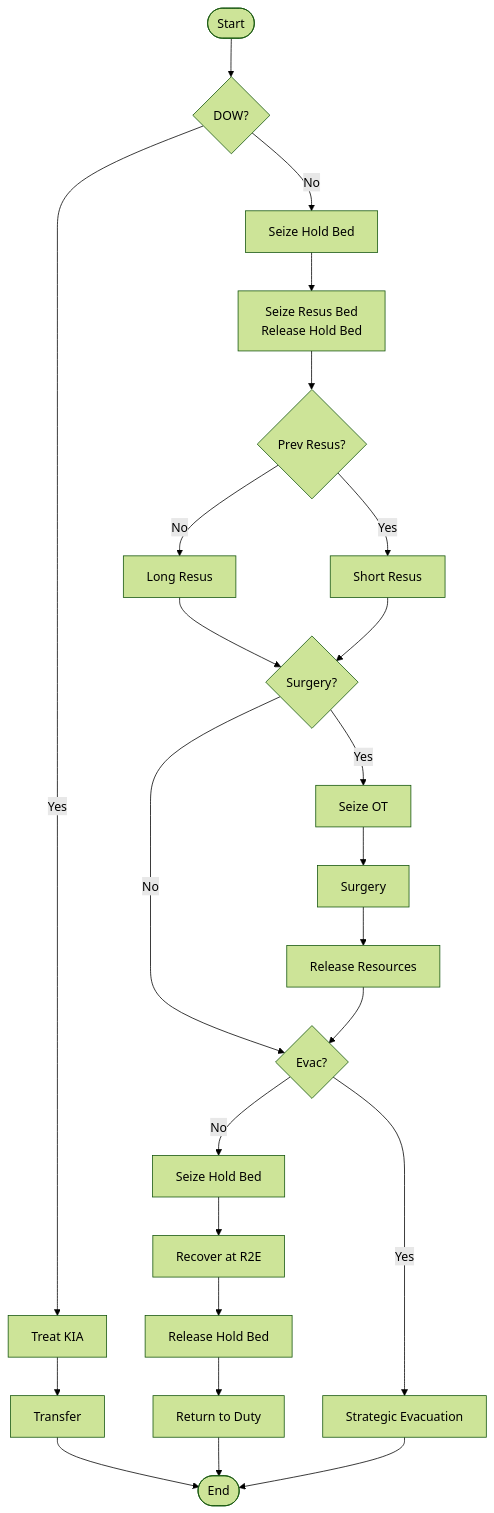
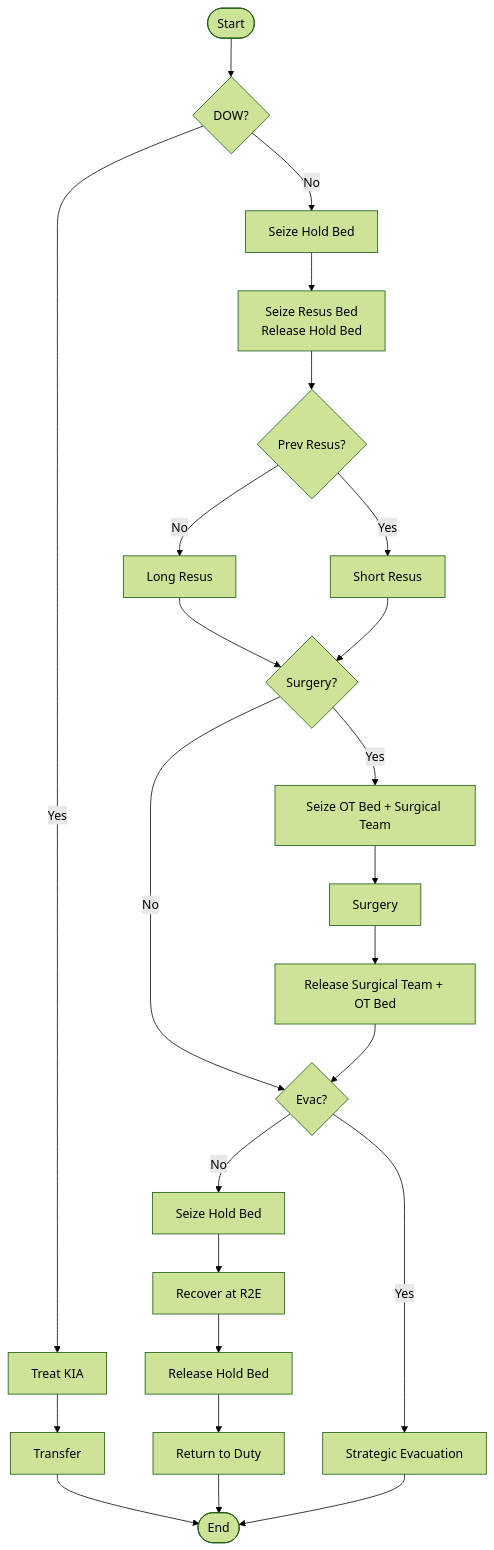
One commit to natosys/Battlefield-Casualty-Handling changed the fourth of 4 diagrams in README.md. Above: the diagram before and after it, drawn with Mermaid (forest theme). The commit also changed other lines of this file and 1 other file, not shown here.

Commit message:
fix(issue-8): seize R2E surgical team during OT procedures
In r2e_treat_wia(), the surgical team was not seized for either the first
or second surgery branch. This allowed unlimited surgical concurrency —
multiple OT cases could proceed simultaneously using the same personnel,
which is clinically impossible and caused R2E OT throughput and queue
figures to be materially incorrect.

Adds seize_resources(surg_team) immediately after seize_selected() and
release_resources(surg_team) immediately before release_selected() in
both surgery branches (Phase 3 first surgery and Phase 4 second surgery),
mirroring the correct pattern already in place at R2B.

The OT shift schedule for R2E surgical teams was already applied correctly
in R/environment.R (alternating ot_shift_1/ot_shift_2 per team) and
required no change.

Updates README: R2E trajectory description and flowchart to reflect
surgical team seizure; correction notice added to R2E Heavy Handling
analysis section noting that prior OT figures were based on pre-fix code.

Closes #8

https://claude.ai/code/session_0154uzfw4KBsxcHScMHyWYMa

````diff
--- a/README.md
+++ b/README.md
@@ -643,26 +643,26 @@
 ```mermaid
 flowchart TD
     A(["Start"]) --> B{"DOW?"}
     B -- Yes --> C["Treat KIA"]
     C --> D["Transfer"]
     D --> E(["End"])
     B -- No --> F["Seize Hold Bed"]
     F --> G["Seize Resus Bed <br> Release Hold Bed"]
     G --> H{"Prev Resus?"}
     H -- No --> I["Long Resus"]
     H -- Yes --> J["Short Resus"]
     I --> K{"Surgery?"}
     J --> K
-    K -- Yes --> L["Seize OT"]
+    K -- Yes --> L["Seize OT Bed + Surgical Team"]
     L --> M["Surgery"]
-    M --> N["Release Resources"]
+    M --> N["Release Surgical Team + OT Bed"]
     K -- No --> O{"Evac?"}
     N --> O
     O -- No --> P["Seize Hold Bed"]
     P --> Q["Recover at R2E"]
     Q --> R["Release Hold Bed"]
     R --> S["Return to Duty"]
     O -- Yes --> T["Strategic Evacuation"]
     S --> E
     T --> E
 ```
````
